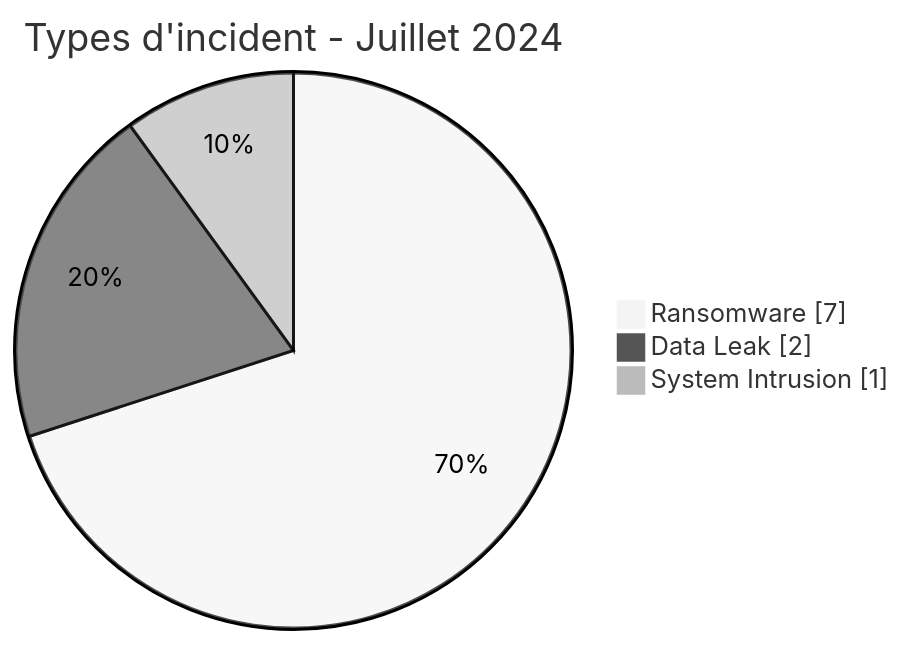
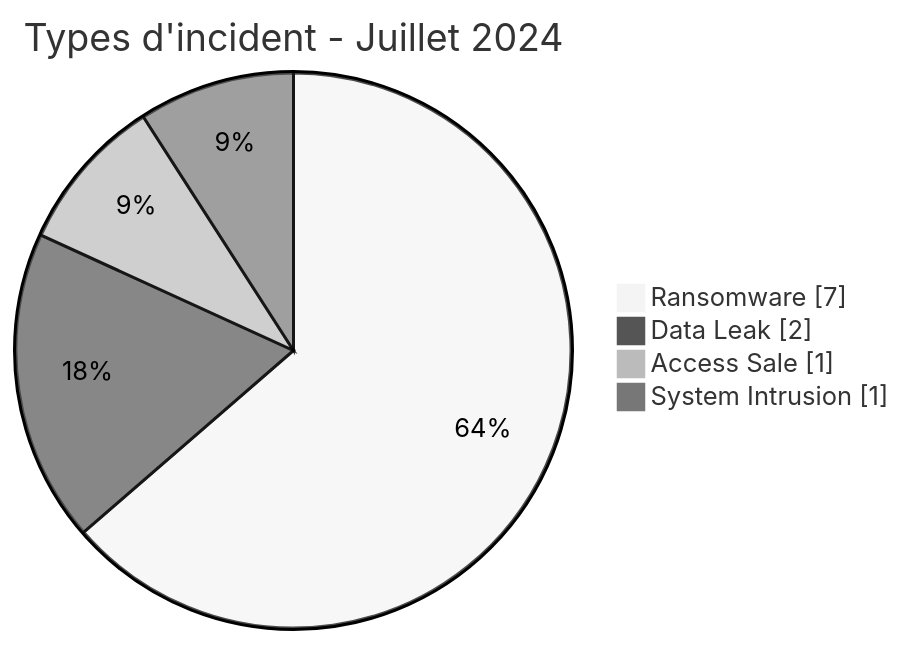
Before and after one commit to Hatchepsoute/AFRINTEL: the first of 2 diagrams in CyberAttackAfrica/2024/07-july/README_FR.md, drawn with Mermaid (neutral theme). The commit also changed other lines of this file and 43 other files, not shown here.

````diff
--- a/CyberAttackAfrica/2024/07-july/README_FR.md
+++ b/CyberAttackAfrica/2024/07-july/README_FR.md
@@ -53,7 +53,8 @@
 ```mermaid
 pie showData
     title Types d'incident - Juillet 2024
     "Ransomware" : 7
     "Data Leak" : 2
+    "Access Sale" : 1
     "System Intrusion" : 1
 ```
````
